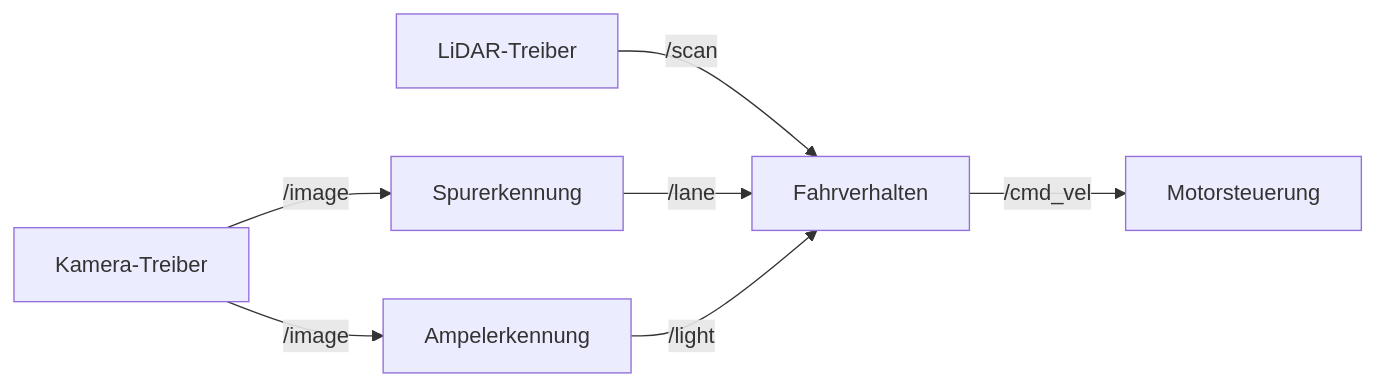
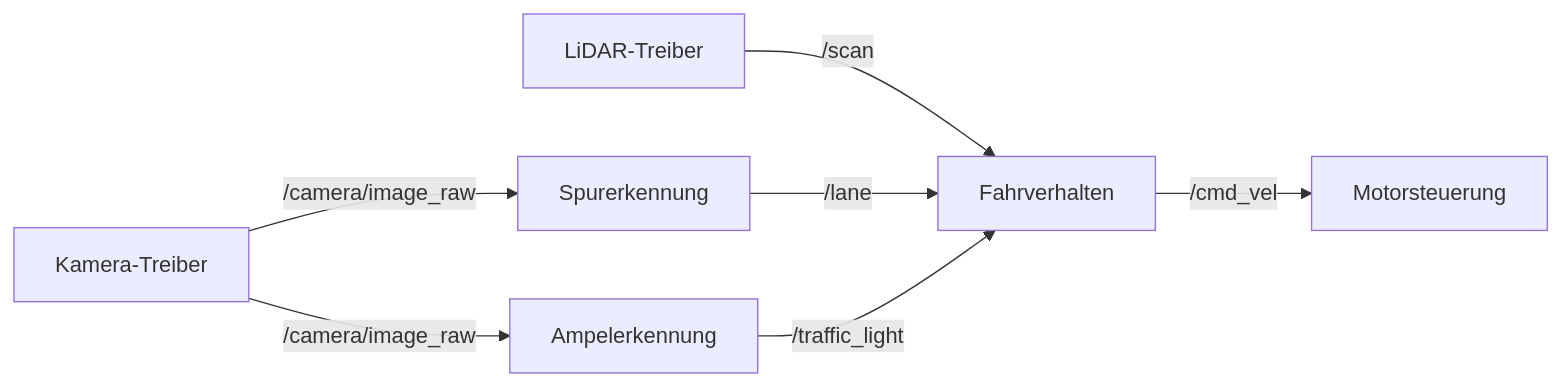
The second of 3 diagrams in 03_ROS_Grundlagen_I/03_EinfuehrungROS.md (TUBAF-IfI-LiaScript/VL_SoftwareprojektRobotik), drawn with Mermaid before and after one commit. The commit also changed other lines of this file and 8 other files, not shown here.

````diff
--- a/03_ROS_Grundlagen_I/03_EinfuehrungROS.md
+++ b/03_ROS_Grundlagen_I/03_EinfuehrungROS.md
@@ -225,9 +225,9 @@
 ```mermaid @mermaid
 graph LR
     L["LiDAR-Treiber"] -- "/scan" --> F["Fahrverhalten"]
-    K["Kamera-Treiber"] -- "/image" --> S["Spurerkennung"]
-    K -- "/image" --> A["Ampelerkennung"]
+    K["Kamera-Treiber"] -- "/camera/image_raw" --> S["Spurerkennung"]
+    K -- "/camera/image_raw" --> A["Ampelerkennung"]
     S -- "/lane" --> F
-    A -- "/light" --> F
+    A -- "/traffic_light" --> F
     F -- "/cmd_vel" --> M["Motorsteuerung"]
 ```
````
